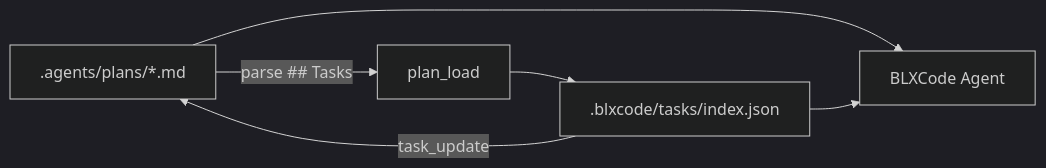
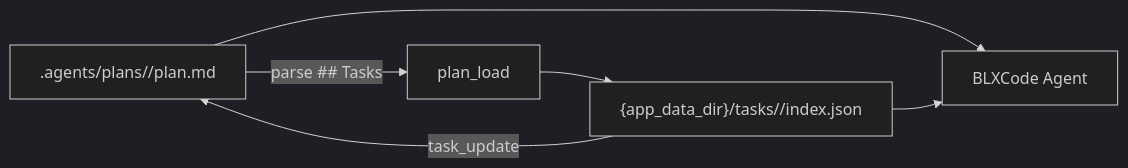
The diagram in docs/user/plans.md (Bitslix/BLXCode), drawn with Mermaid (dark theme) before and after one commit. The commit also changed other lines of this file and 22 other files, not shown here.

````diff
--- a/docs/user/plans.md
+++ b/docs/user/plans.md
@@ -162,12 +166,12 @@
 ```mermaid
 flowchart LR
-  PlanMd[".agents/plans/*.md"]
+  PlanMd[".agents/plans/<slug>/plan.md"]
   PlanLoad[plan_load]
-  TaskJson[".blxcode/tasks/index.json"]
+  TaskJson["{app_data_dir}/tasks/<workspace_hash>/index.json"]
   Agent[BLXCode Agent]
   PlanMd -->|parse ## Tasks| PlanLoad
   PlanLoad --> TaskJson
   TaskJson -->|task_update| PlanMd
   PlanMd --> Agent
   TaskJson --> Agent
 ```
````
